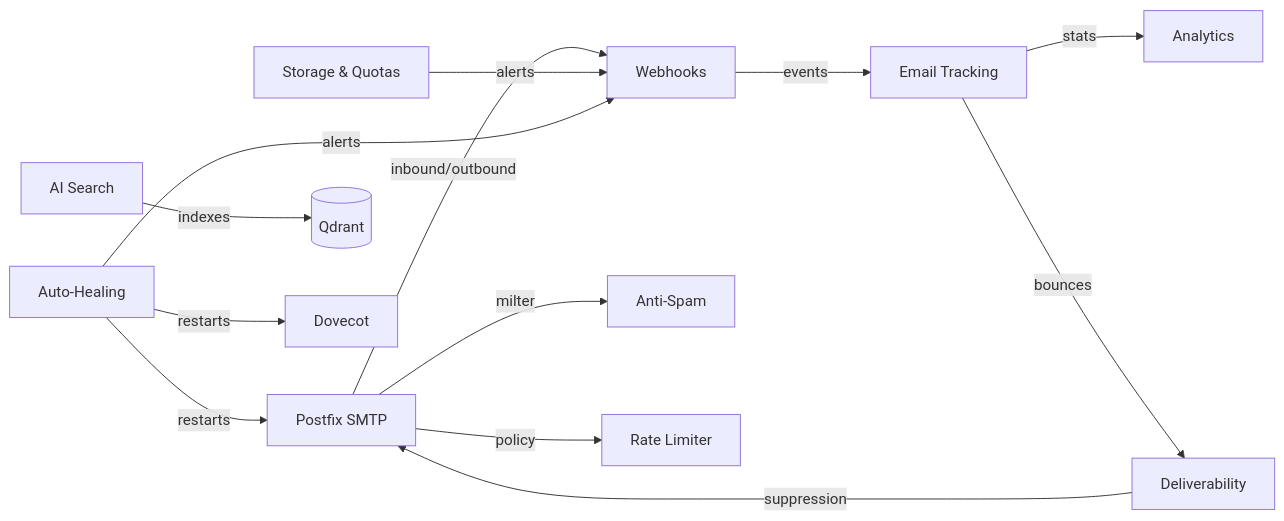
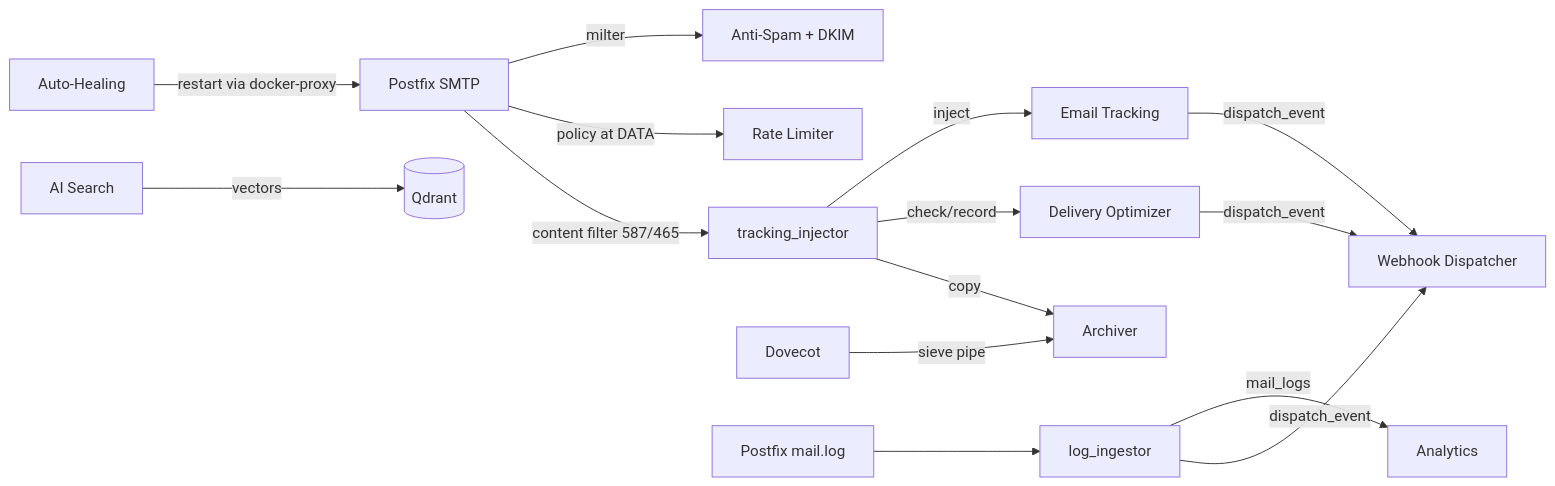
One commit to Techies-Africa/mailyte-mail-server-community changed the diagram in docs/features/index.md. Above: the diagram before and after it, drawn with Mermaid. The commit also changed other lines of this file and 481 other files, not shown here.

````diff
--- a/docs/features/index.md
+++ b/docs/features/index.md
@@ -120,15 +123,15 @@
 ```mermaid
 graph LR
-    Postfix[Postfix SMTP] -->|inbound/outbound| Webhooks
-    Postfix -->|milter| Rspamd[Anti-Spam]
-    Postfix -->|policy| RateLimiter[Rate Limiter]
-    Webhooks -->|events| Tracking[Email Tracking]
-    Tracking -->|stats| Analytics
-    Tracking -->|bounces| Deliverability
-    Deliverability -->|suppression| Postfix
-    StorageUsage[Storage & Quotas] -->|alerts| Webhooks
-    RAG[AI Search] -->|indexes| Qdrant[(Qdrant)]
-    HealthMonitor[Auto-Healing] -->|restarts| Postfix
-    HealthMonitor -->|restarts| Dovecot
-    HealthMonitor -->|alerts| Webhooks
+    Postfix[Postfix SMTP] -->|milter| Rspamd[Anti-Spam + DKIM]
+    Postfix -->|policy at DATA| RateLimiter[Rate Limiter]
+    Postfix -->|content filter 587/465| Injector[tracking_injector]
+    Injector -->|inject| Tracking[Email Tracking]
+    Injector -->|check/record| Optimizer[Delivery Optimizer]
+    Injector -->|copy| Archiver
+    Dovecot -->|sieve pipe| Archiver
+    MailLog[Postfix mail.log] --> Ingestor[log_ingestor]
+    Ingestor -->|mail_logs| Analytics
+    Ingestor & Tracking & Optimizer -->|dispatch_event| Webhooks[Webhook Dispatcher]
+    Monitoring[Auto-Healing] -->|restart via docker-proxy| Postfix
+    RAG[AI Search] -->|vectors| Qdrant[(Qdrant)]
 ```
````
